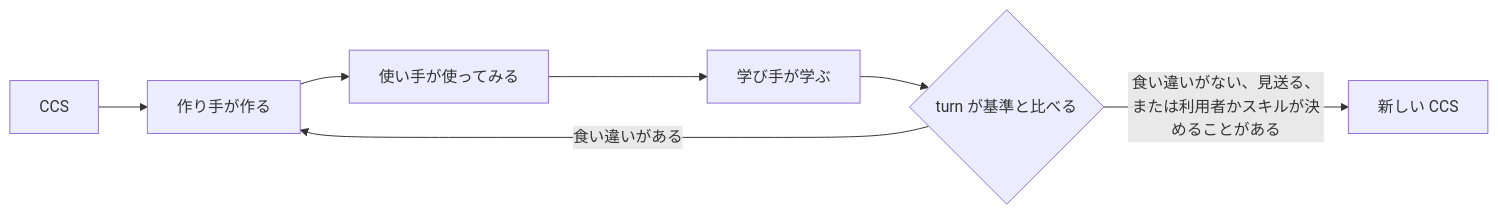
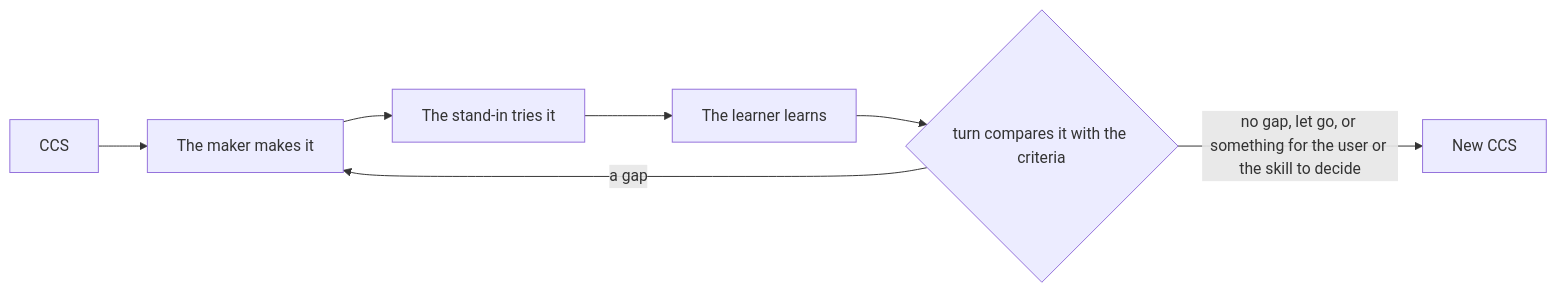
Before and after one commit to lovaizu/ccpm: the second of 2 diagrams in turn/README.md, drawn with Mermaid. The commit also changed other lines of this file and 4 other files, not shown here.

First line of the commit message:
turn: README and design written in English from now on; the agent that tries the work is the stand-in

````diff
--- a/turn/README.md
+++ b/turn/README.md
@@ -72,9 +72,9 @@
 ```mermaid
 flowchart LR
-  I[CCS] --> M[作り手が作る]
-  M --> U[使い手が使ってみる]
-  U --> L[学び手が学ぶ]
-  L --> J{turn が基準と比べる}
-  J -->|食い違いがある| M
-  J -->|食い違いがない、見送る、または利用者かスキルが決めることがある| O[新しい CCS]
+  I[CCS] --> M[The maker makes it]
+  M --> U[The stand-in tries it]
+  U --> L[The learner learns]
+  L --> J{turn compares it with the criteria}
+  J -->|a gap| M
+  J -->|no gap, let go, or something for the user or the skill to decide| O[New CCS]
 ```
````
